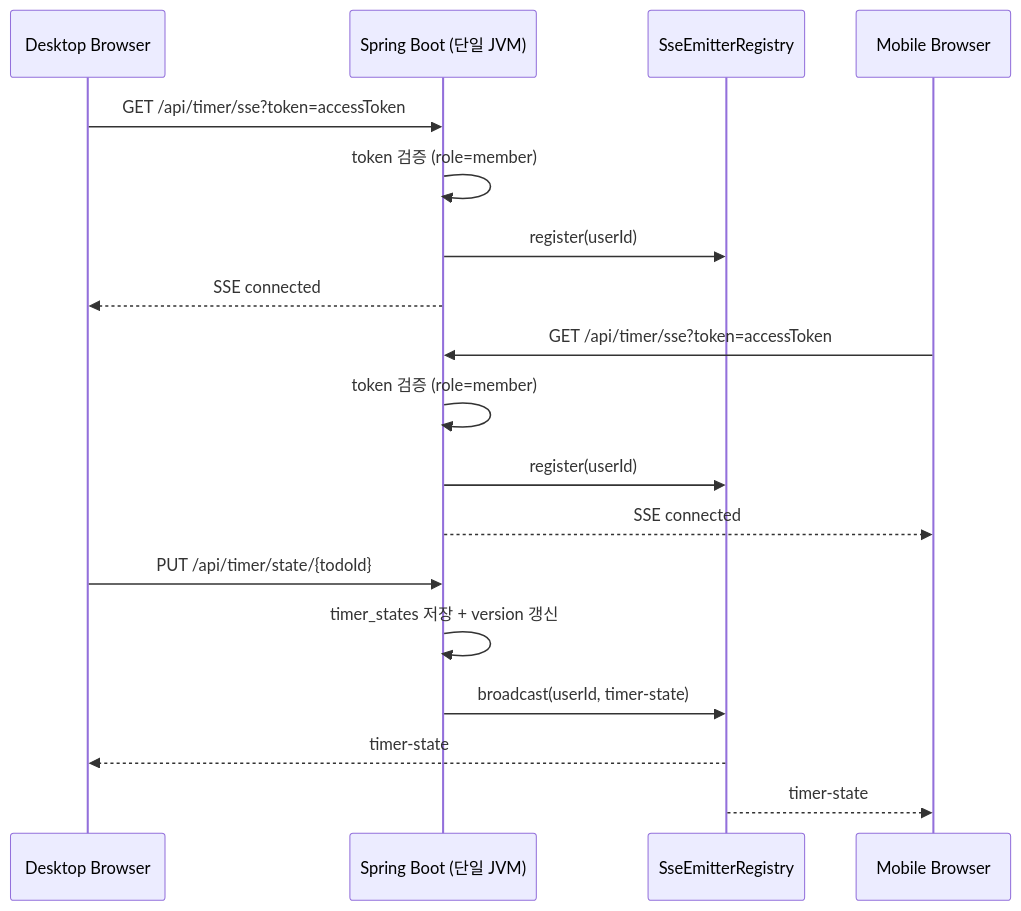
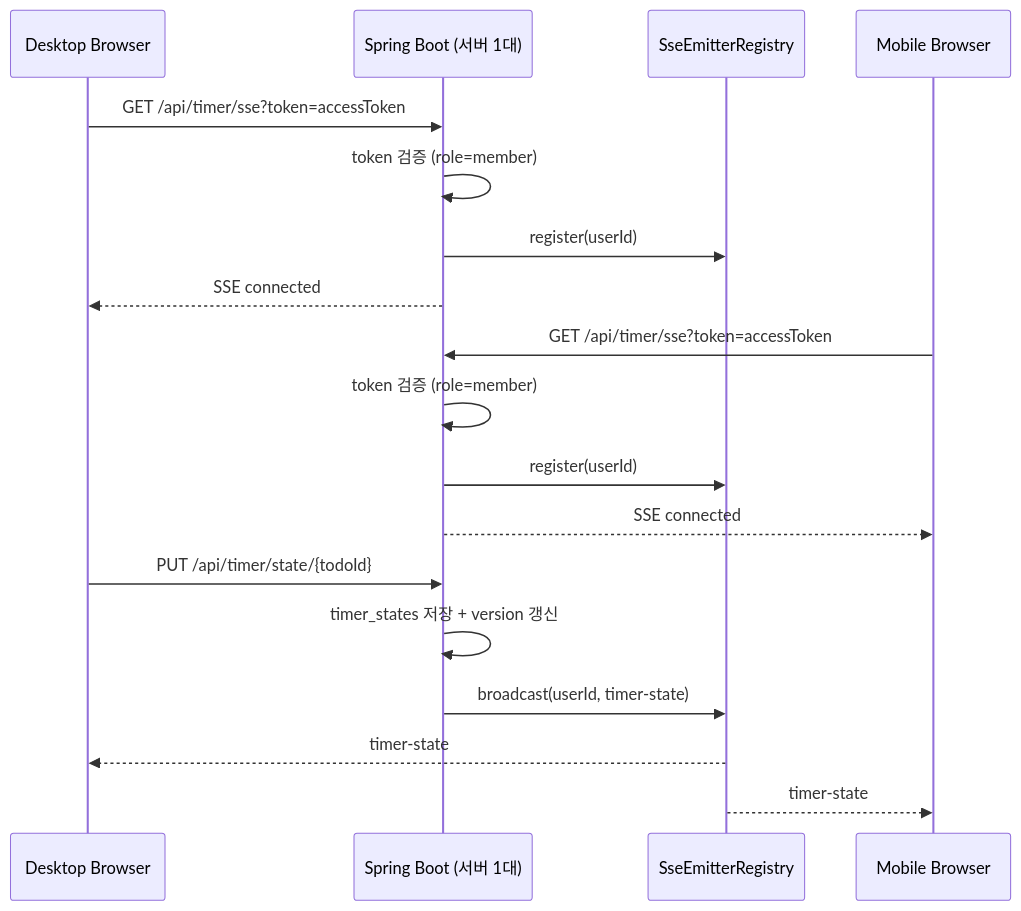
The diagram in docs/wiki/sse-sync.md (g1ennk/FlowMate), drawn with Mermaid before and after one commit. The commit also changed other lines of this file, not shown here.

````diff
--- a/docs/wiki/sse-sync.md
+++ b/docs/wiki/sse-sync.md
@@ -48,20 +54,20 @@
 ```mermaid
 sequenceDiagram
     participant D as Desktop Browser
-    participant S as Spring Boot (단일 JVM)
+    participant S as Spring Boot (서버 1대)
     participant R as SseEmitterRegistry
     participant M as Mobile Browser
     D ->> S: GET /api/timer/sse?token=accessToken
     S ->> S: token 검증 (role=member)
     S ->> R: register(userId)
     S -->> D: SSE connected
     M ->> S: GET /api/timer/sse?token=accessToken
     S ->> S: token 검증 (role=member)
     S ->> R: register(userId)
     S -->> M: SSE connected
     D ->> S: PUT /api/timer/state/{todoId}
     S ->> S: timer_states 저장 + version 갱신
     S ->> R: broadcast(userId, timer-state)
     R -->> D: timer-state
     R -->> M: timer-state
 ```
````
